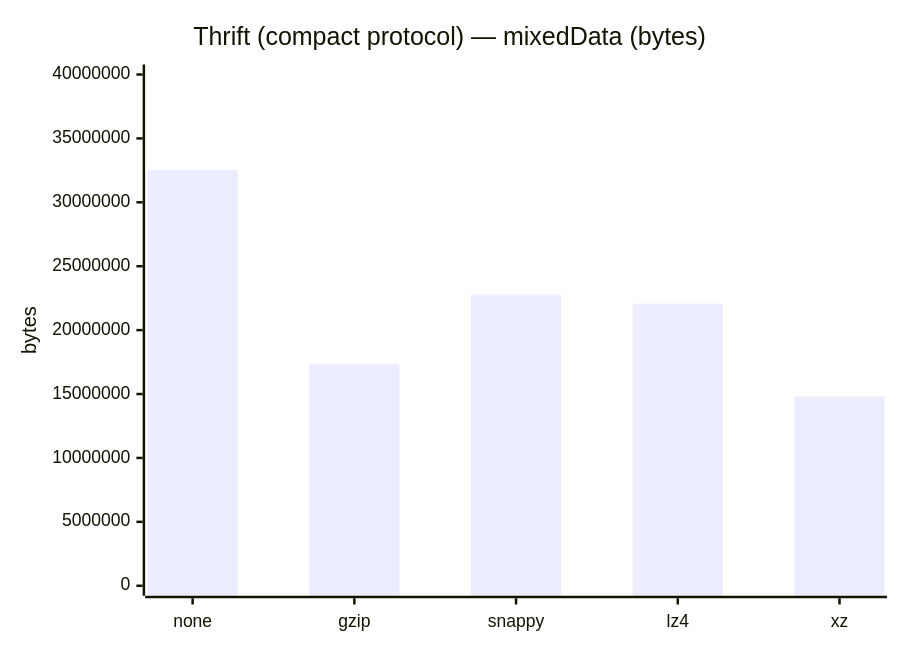
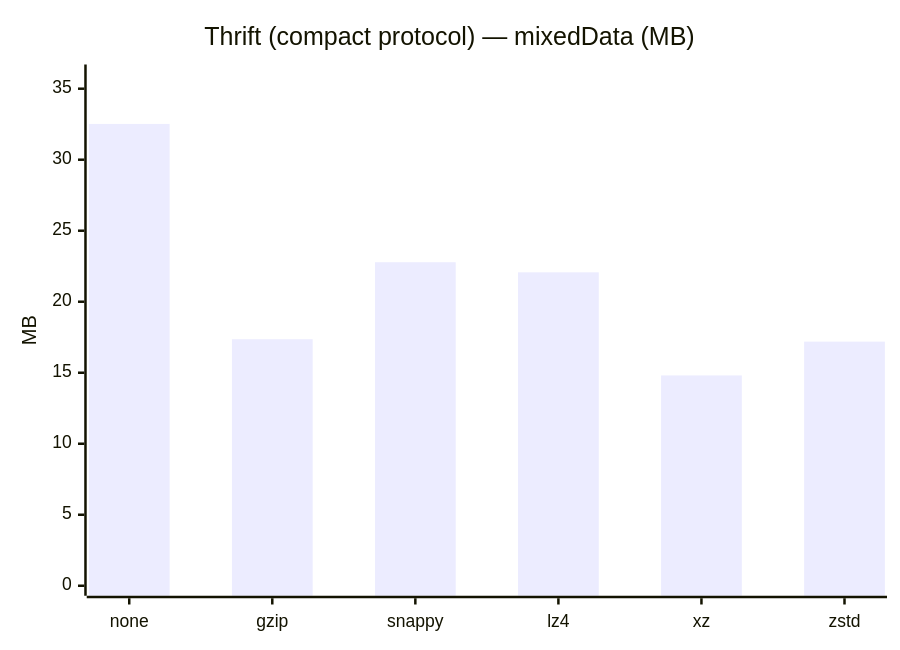
One commit to nryanov/SerializationBenchmark changed diagram 13 of 33 in results/2026/file-sizes.md. Above: the diagram before and after it, drawn with Mermaid. The commit also changed other lines of this file, not shown here.

Commit message:
doc: update file size charts

````diff
--- a/results/2026/file-sizes.md
+++ b/results/2026/file-sizes.md
@@ -180,8 +180,8 @@
 ```mermaid
-%%{init: {"config": {"xyChart": {"width": 525, "height": 360}}}}%%
+%%{init: {"config": {"xyChart": {"width": 610, "height": 360}}}}%%
 xychart-beta
-    title "Thrift (compact protocol) — mixedData (bytes)"
-    x-axis ["none", "gzip", "snappy", "lz4", "xz"]
-    y-axis "bytes" 0 --> 40000000
-    bar [32519040, 17356376, 22782492, 22070581, 14805864]
+    title "Thrift (compact protocol) — mixedData (MB)"
+    x-axis ["none", "gzip", "snappy", "lz4", "xz", "zstd"]
+    y-axis "MB" 0 --> 36
+    bar [32.52, 17.36, 22.78, 22.07, 14.81, 17.19]
 ```
````
